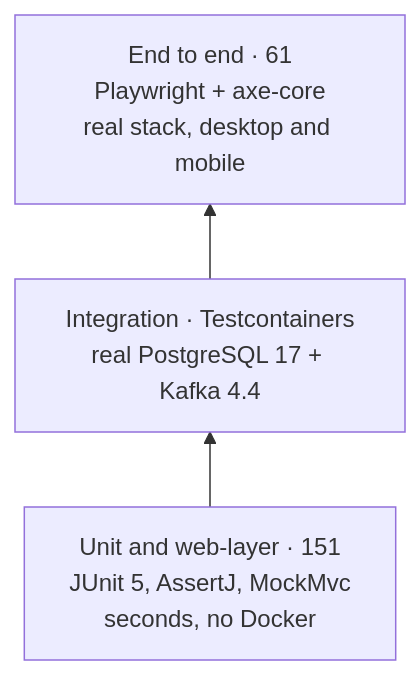
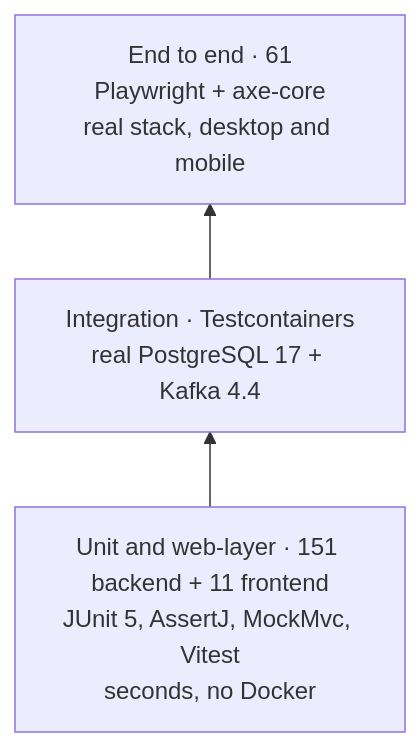
Before and after one commit to heikaliskandar/chubb-claims-platform: the diagram in docs/features/testing.md, drawn with Mermaid. The commit also changed other lines of this file and 10 other files, not shown here.

First line of the commit message:
ci: GitHub Actions for backend, frontend and e2e; add frontend unit tests

````diff
--- a/docs/features/testing.md
+++ b/docs/features/testing.md
@@ -5,7 +5,7 @@
 ```mermaid
 flowchart BT
-    U["Unit and web-layer · 151<br/>JUnit 5, AssertJ, MockMvc<br/>seconds, no Docker"]
+    U["Unit and web-layer · 151 backend + 11 frontend<br/>JUnit 5, AssertJ, MockMvc, Vitest<br/>seconds, no Docker"]
     I["Integration · Testcontainers<br/>real PostgreSQL 17 + Kafka 4.4"]
     E["End to end · 61<br/>Playwright + axe-core<br/>real stack, desktop and mobile"]
     U --> I --> E
 ```
````
